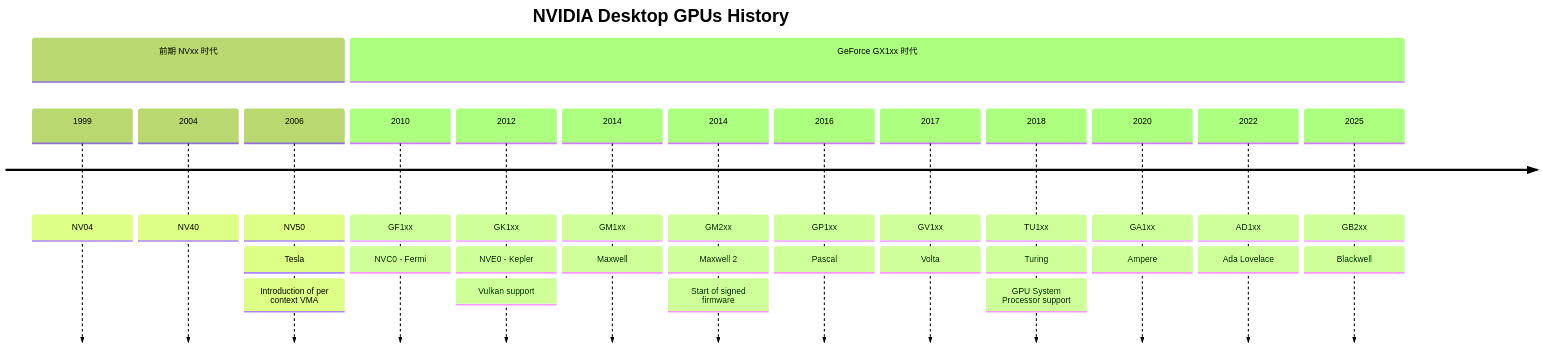
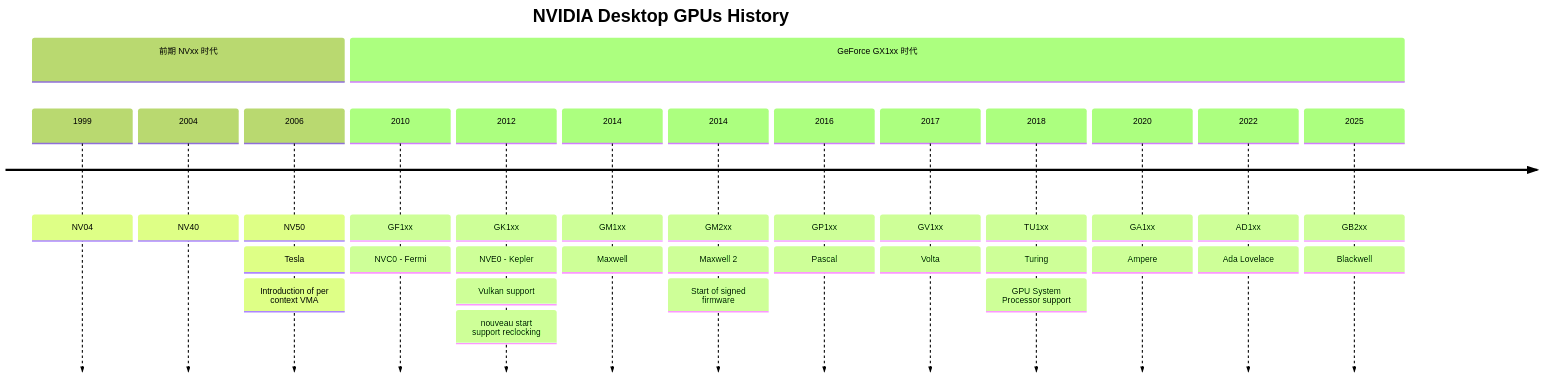
The diagram in source/_posts/lnx/nouveau.md (lucmann/lucmann.github.io), drawn with Mermaid before and after one commit.

Commit message:
linux: nouveau: support reclocking since Kepler

````diff
--- a/source/_posts/lnx/nouveau.md
+++ b/source/_posts/lnx/nouveau.md
@@ -8,23 +8,23 @@
 ```mermaid
 ---
 config:
     theme: 'forest'
 ---
 timeline
     title NVIDIA Desktop GPUs History
     section 前期 NVxx 时代
         1999 : NV04
         2004 : NV40
         2006 : NV50 : Tesla : Introduction of per context VMA
     section GeForce GX1xx 时代
         2010 : GF1xx : NVC0 - Fermi
-        2012 : GK1xx : NVE0 - Kepler : Vulkan support
+        2012 : GK1xx : NVE0 - Kepler : Vulkan support : nouveau start support reclocking
         2014 : GM1xx : Maxwell
         2014 : GM2xx : Maxwell 2 : Start of signed firmware
         2016 : GP1xx : Pascal
         2017 : GV1xx : Volta
         2018 : TU1xx : Turing : GPU System Processor support
         2020 : GA1xx : Ampere
         2022 : AD1xx : Ada Lovelace
         2025 : GB2xx : Blackwell
 ```
````
